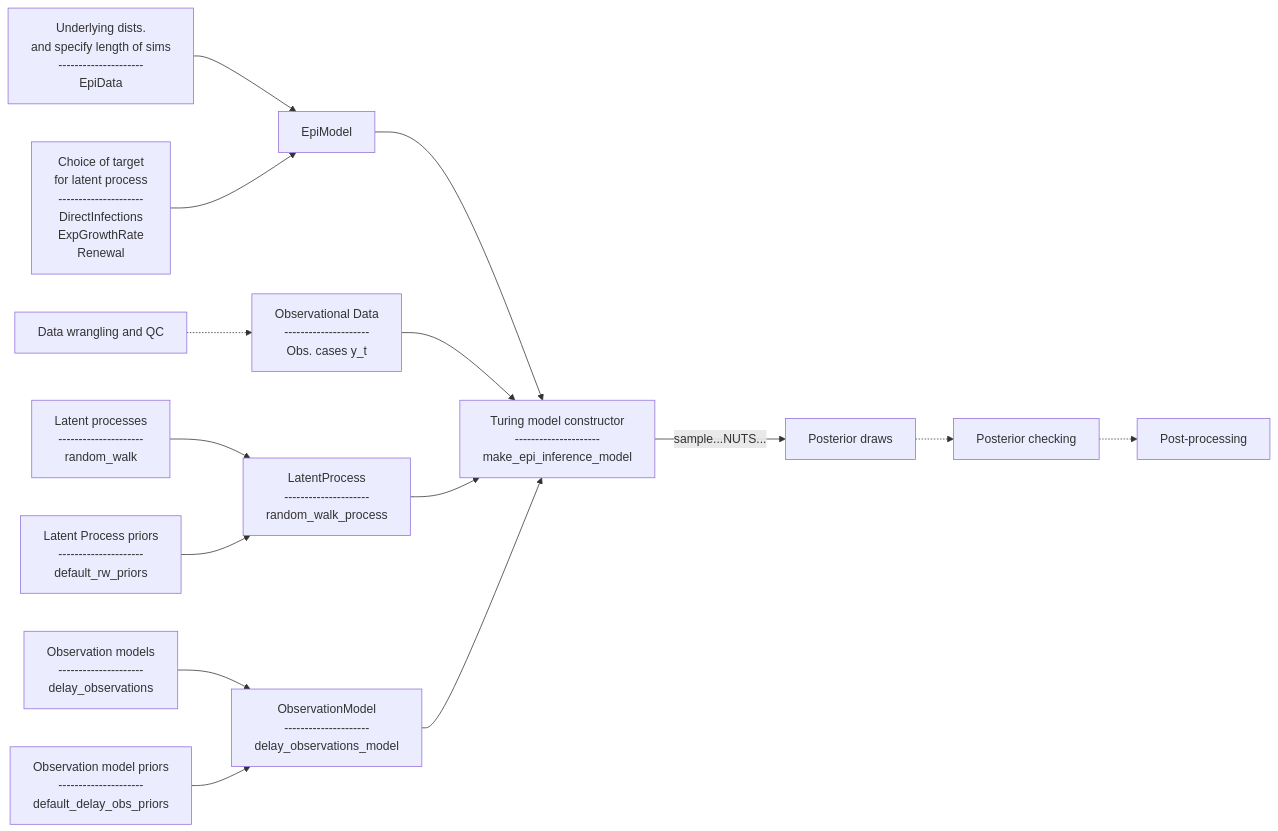
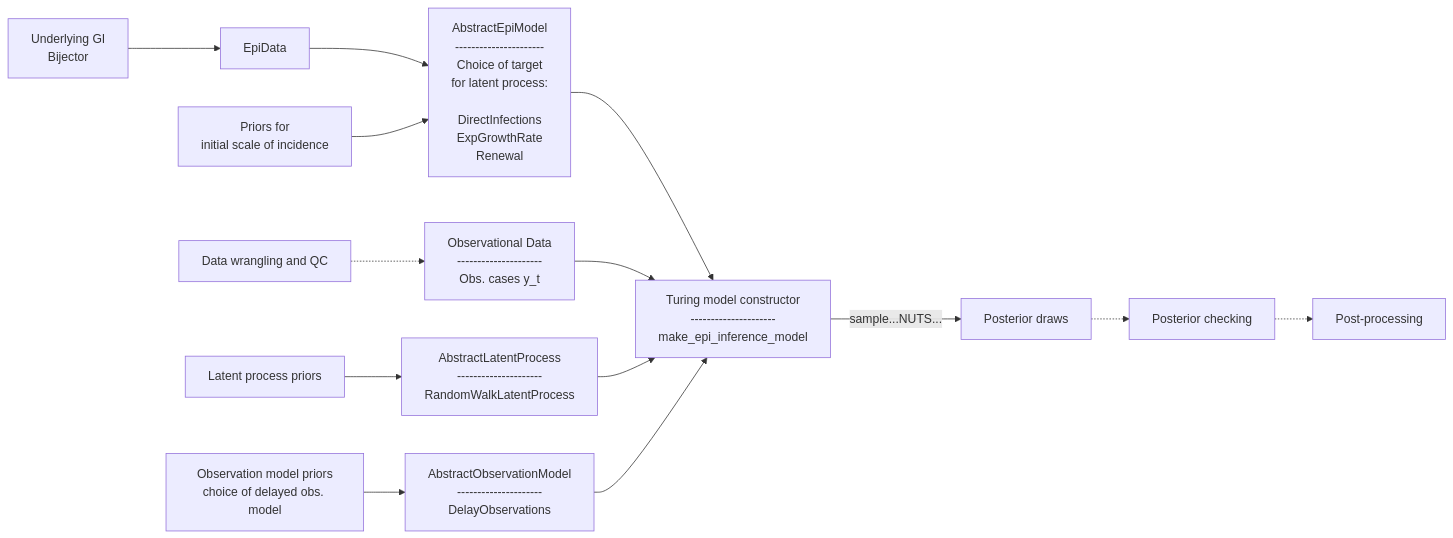
Before and after one commit to CDCgov/Rt-without-renewal: the diagram in EpiAware/README.md, drawn with Mermaid. The commit also changed other lines of this file, not shown here.

Commit message:
New model diagram

````diff
--- a/EpiAware/README.md
+++ b/EpiAware/README.md
@@ -13,59 +13,64 @@
 ```mermaid
 flowchart LR
 
-    A["Underlying dists.
-and specify length of sims
----------------------
-EpiData"]
+A["Underlying GI
+Bijector"]
 
-    B["Choice of target
-for latent process
----------------------
+EpiModel["AbstractEpiModel
+----------------------
+Choice of target
+for latent process:
+
 DirectInfections
     ExpGrowthRate
     Renewal"]
 
-C["Observational Data
+InitModel["Priors for
+initial scale of incidence"]
+
+DataW[Data wrangling and QC]
+
+
+ObsData["Observational Data
 ---------------------
 Obs. cases y_t"]
-D["Latent processes
+
+LatentProcPriors["Latent process priors"]
+
+LatentProc["AbstractLatentProcess
 ---------------------
-random_walk"]
+RandomWalkLatentProcess"]
+
+ObsModelPriors["Observation model priors
+choice of delayed obs. model"]
+
+ObsModel["AbstractObservationModel
+---------------------
+DelayObservations"]
+
 E["Turing model constructor
 ---------------------
 make_epi_inference_model"]
-F["Latent Process priors
----------------------
-default_rw_priors"]
+
 G[Posterior draws]
 H[Posterior checking]
 I[Post-processing]
-DataW[Data wrangling and QC]
-J["Observation models
----------------------
-delay_observations"]
-K["Observation model priors
----------------------
-default_delay_obs_priors"]
-ObservationModel["ObservationModel
----------------------
-delay_observations_model"]
-LatentProcess["LatentProcess
----------------------
-random_walk_process"]
 
-A --> EpiModel
-B --> EpiModel
+
+
+A --> EpiData
+EpiData --> EpiModel
+InitModel --> EpiModel
 EpiModel -->E
-C-->E
-D-->LatentProcess
-F-->LatentProcess
-J-->ObservationModel
-K-->ObservationModel
-LatentProcess-->E
-ObservationModel-->E
+ObsData-->E
+DataW-.->ObsData
+LatentProcPriors-->LatentProc
+LatentProc-->E
+ObsModelPriors-->ObsModel
+ObsModel-->E
+
+
 E-->|sample...NUTS...| G
 G-.->H
 H-.->I
-DataW-.->C
 ```
````
